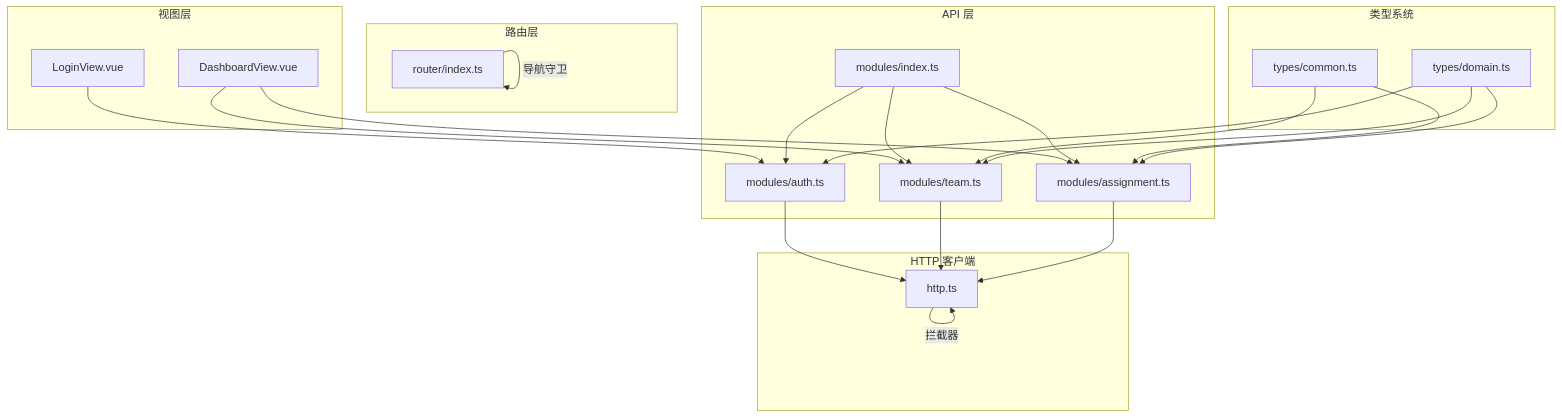
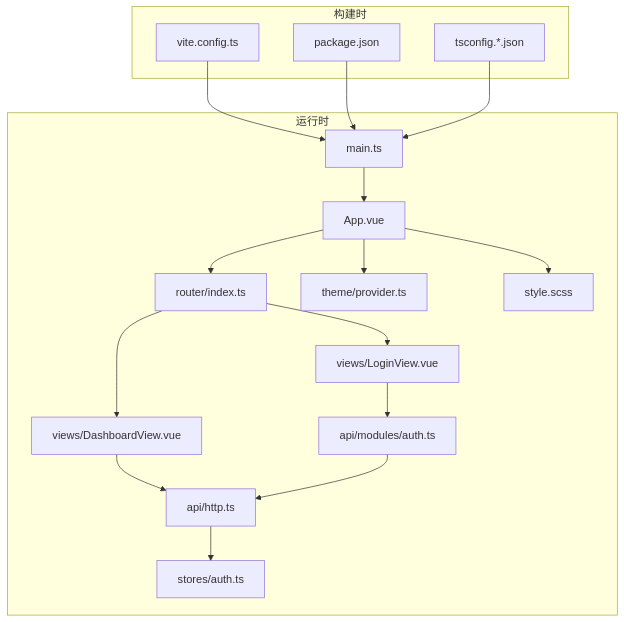
The second of 11 diagrams in .qoder/repowiki/zh/content/前端应用架构/前端应用架构.md (ATOMLubover/poprako), drawn with Mermaid before and after one commit. The commit also changed other lines of this file and 132 other files, not shown here.

````diff
--- a/.qoder/repowiki/zh/content/前端应用架构/前端应用架构.md
+++ b/.qoder/repowiki/zh/content/前端应用架构/前端应用架构.md
@@ -102,39 +122,20 @@
 ```mermaid
 graph TB
-subgraph "视图层"
-L["LoginView.vue"]
-D["DashboardView.vue"]
+subgraph "运行时"
+M["main.ts"] --> N["App.vue"]
+N --> O["router/index.ts"]
+O --> P["views/LoginView.vue"]
+O --> Q["views/DashboardView.vue"]
+P --> R["api/modules/auth.ts"]
+Q --> S["api/http.ts"]
+R --> S
+S --> T["stores/auth.ts"]
+N --> U["theme/provider.ts"]
+N --> V["style.scss"]
 end
-subgraph "路由层"
-R["router/index.ts"]
+subgraph "构建时"
+W["vite.config.ts"] --> M
+X["package.json"] --> M
+Y["tsconfig.*.json"] --> M
 end
-subgraph "API 层"
-MI["modules/index.ts"]
-MA["modules/auth.ts"]
-MT["modules/team.ts"]
-MAsg["modules/assignment.ts"]
-end
-subgraph "HTTP 客户端"
-HC["http.ts"]
-end
-subgraph "类型系统"
-TC["types/common.ts"]
-TD["types/domain.ts"]
-end
-L --> MA
-D --> MT
-D --> MAsg
-MA --> HC
-MT --> HC
-MAsg --> HC
-HC --> |"拦截器"| HC
-R --> |"导航守卫"| R
-MI --> MA
-MI --> MT
-MI --> MAsg
-TC --> MT
-TC --> MAsg
-TD --> MA
-TD --> MT
-TD --> MAsg
 ```
````
